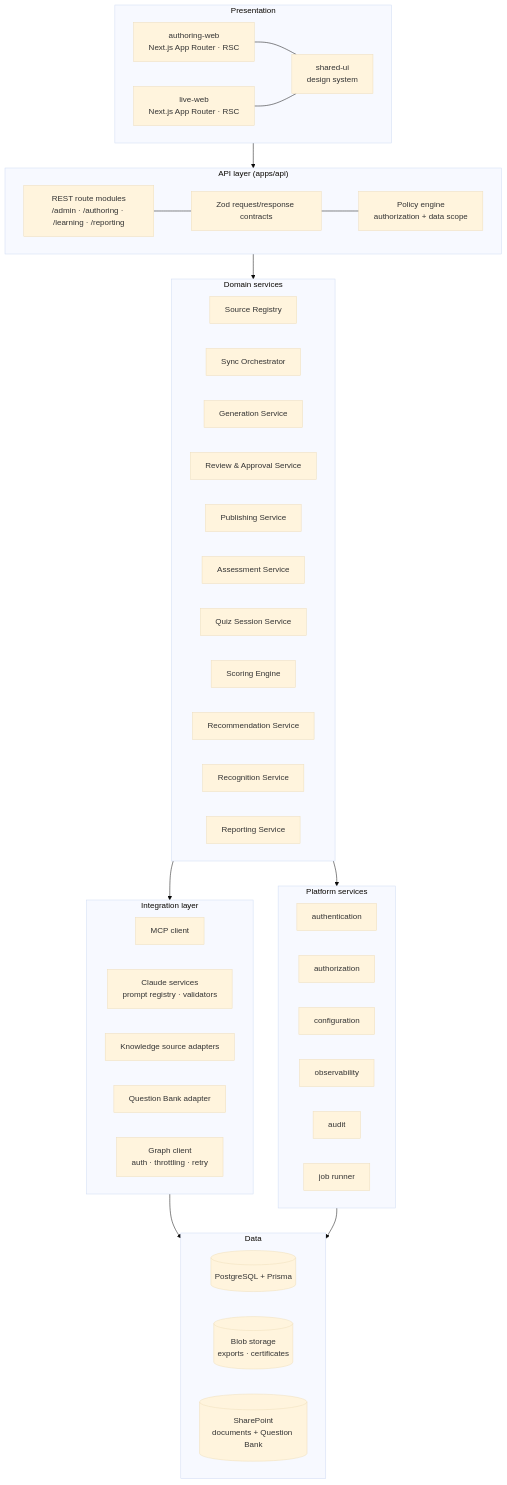
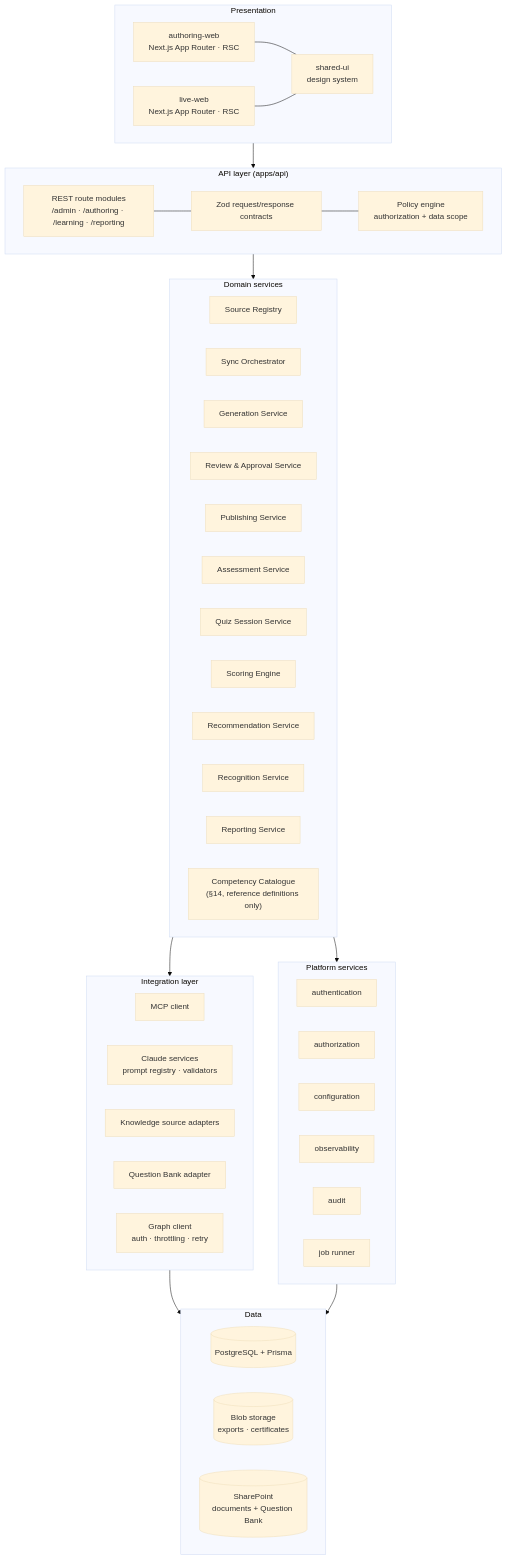
The second of 10 diagrams in docs/architecture.md (reuben-rxnet/knowzy), drawn with Mermaid (base theme) before and after one commit. The commit also changed other lines of this file and 13 other files, not shown here.

````diff
--- a/docs/architecture.md
+++ b/docs/architecture.md
@@ -95,67 +96,68 @@
 ```mermaid
 graph TB
     subgraph Presentation
         direction LR
         A1["authoring-web<br/>Next.js App Router · RSC"]
         A2["live-web<br/>Next.js App Router · RSC"]
         SUI["shared-ui<br/>design system"]
         A1 --- SUI
         A2 --- SUI
     end
 
     subgraph APILayer["API layer (apps/api)"]
         direction LR
         RT["REST route modules<br/>/admin · /authoring · /learning · /reporting"]
         VAL["Zod request/response contracts"]
         POL["Policy engine<br/>authorization + data scope"]
         RT --- VAL --- POL
     end
 
     subgraph Domain["Domain services"]
         direction LR
         D1["Source Registry"]
         D2["Sync Orchestrator"]
         D3["Generation Service"]
         D4["Review &amp; Approval Service"]
         D5["Publishing Service"]
         D6["Assessment Service"]
         D7["Quiz Session Service"]
         D8["Scoring Engine"]
         D9["Recommendation Service"]
         D10["Recognition Service"]
         D11["Reporting Service"]
+        D12["Competency Catalogue<br/>(§14, reference definitions only)"]
     end
 
     subgraph Integration["Integration layer"]
         direction LR
         I1["MCP client"]
         I2["Claude services<br/>prompt registry · validators"]
         I3["Knowledge source adapters"]
         I4["Question Bank adapter"]
         I5["Graph client<br/>auth · throttling · retry"]
     end
 
     subgraph Platform["Platform services"]
         direction LR
         X1["authentication"]
         X2["authorization"]
         X3["configuration"]
         X4["observability"]
         X5["audit"]
         X6["job runner"]
     end
 
     subgraph Data["Data"]
         direction LR
         PG[("PostgreSQL + Prisma")]
         BLOB[("Blob storage<br/>exports · certificates")]
         SP[("SharePoint<br/>documents + Question Bank")]
     end
 
     Presentation --> APILayer
     APILayer --> Domain
     Domain --> Integration
     Domain --> Platform
     Integration --> Data
     Platform --> Data
 ```
````
